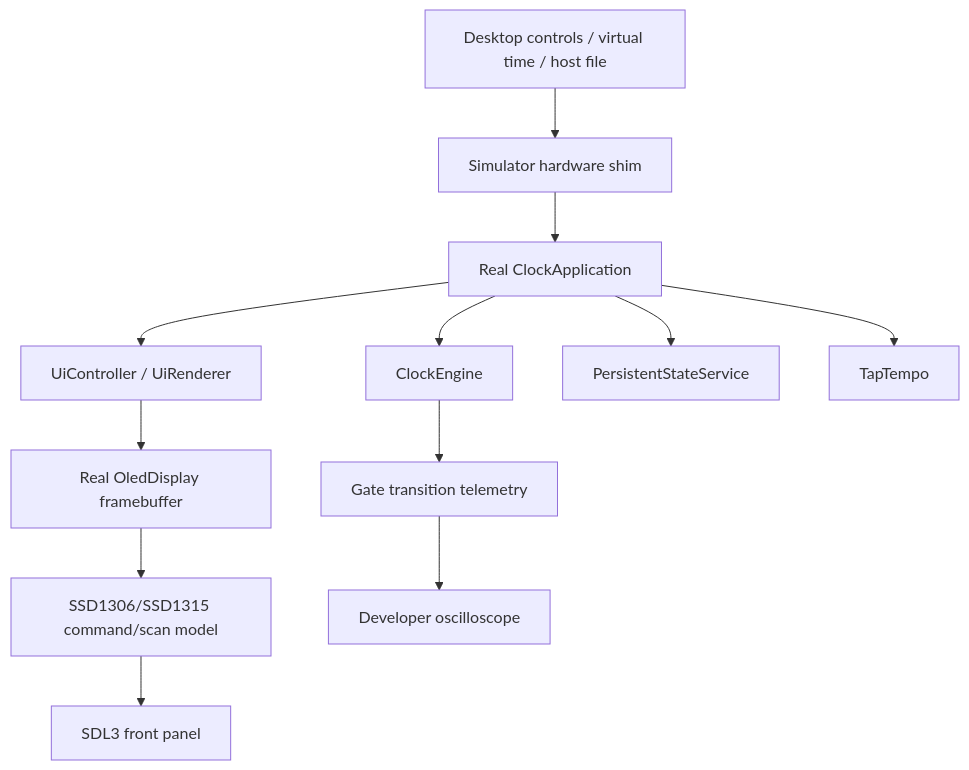
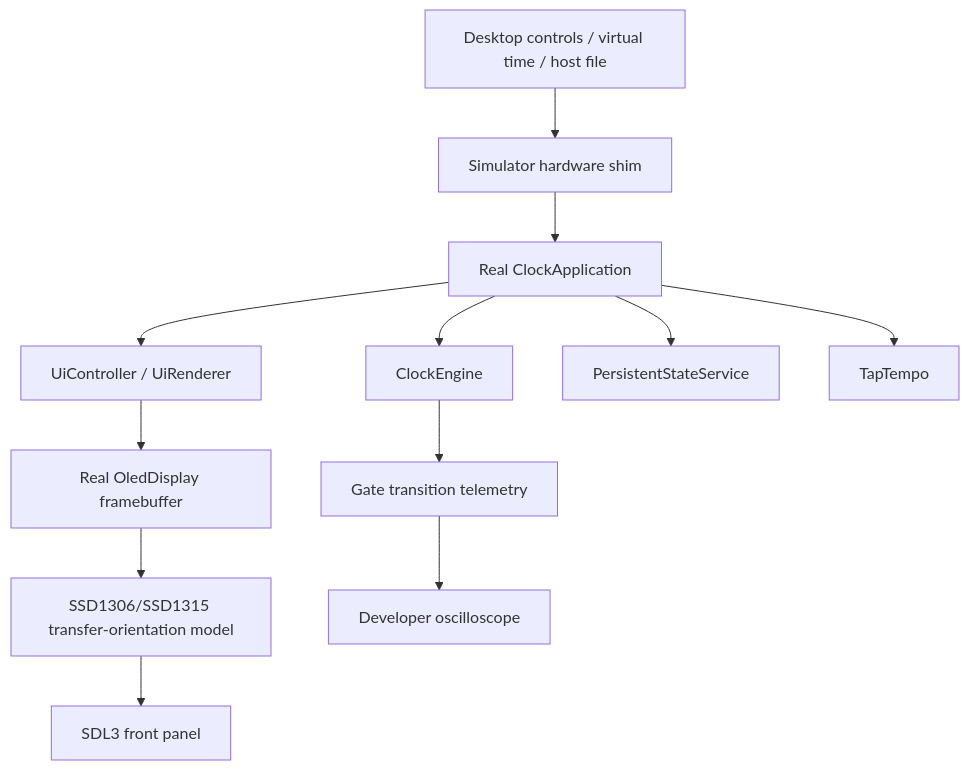
Before and after one commit to napolitano/eurorack-clock-firmware: the diagram in docs/SIMULATOR.md, drawn with Mermaid. The commit also changed other lines of this file and 15 other files, not shown here.

````diff
--- a/docs/SIMULATOR.md
+++ b/docs/SIMULATOR.md
@@ -9,14 +9,14 @@
 ```mermaid
 flowchart TB
     Desktop[Desktop controls / virtual time / host file] --> Shim[Simulator hardware shim]
     Shim --> App[Real ClockApplication]
     App --> Engine[ClockEngine]
     App --> UI[UiController / UiRenderer]
     App --> Persist[PersistentStateService]
     App --> Tap[TapTempo]
     UI --> FB[Real OledDisplay framebuffer]
     Engine --> Telemetry[Gate transition telemetry]
-    FB --> OLED[SSD1306/SSD1315 command/scan model]
+    FB --> OLED[SSD1306/SSD1315 transfer-orientation model]
     OLED --> SDL[SDL3 front panel]
     Telemetry --> Scope[Developer oscilloscope]
 ```
````
